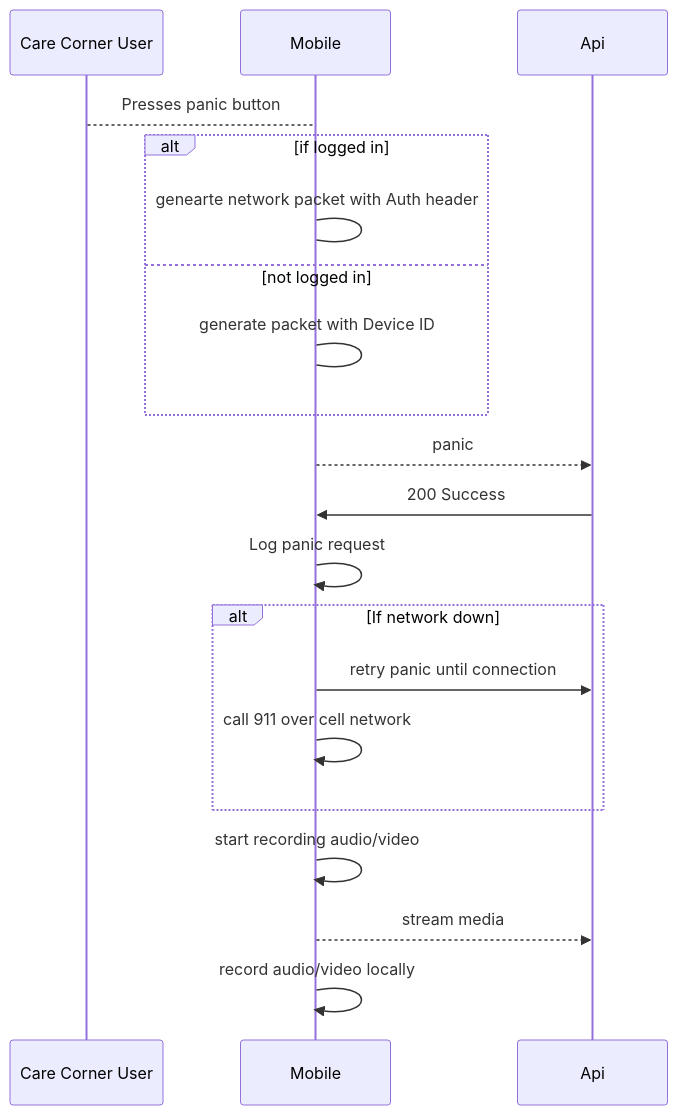
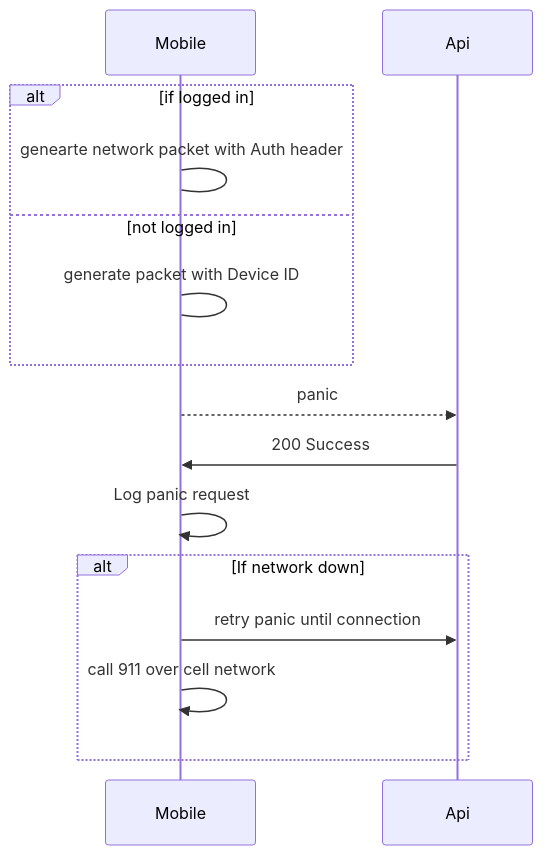
Before and after one commit to redeem4/Care_Corner: the diagram in design/sequences/user-presses-panic.md, drawn with Mermaid.

Commit message:
Add example sequence diagrams for the panic use case.

````diff
--- a/design/sequences/user-presses-panic.md
+++ b/design/sequences/user-presses-panic.md
@@ -5,19 +5,15 @@
 ```mermaid
 sequenceDiagram
-    Care Corner User-->Mobile: Presses panic button
     alt if logged in
     Mobile->Mobile: genearte network packet with Auth header
     else not logged in
     Mobile->Mobile: generate packet with Device ID
     end
     Mobile-->>Api: panic
     Api->>Mobile: 200 Success
     Mobile->>Mobile: Log panic request
     alt If network down
     Mobile->>Api: retry panic until connection
     Mobile->>Mobile: call 911 over cell network
     end
-    Mobile->>Mobile: start recording audio/video
-    Mobile-->>Api: stream media
-    Mobile->>Mobile: record audio/video locally
 ```
````
